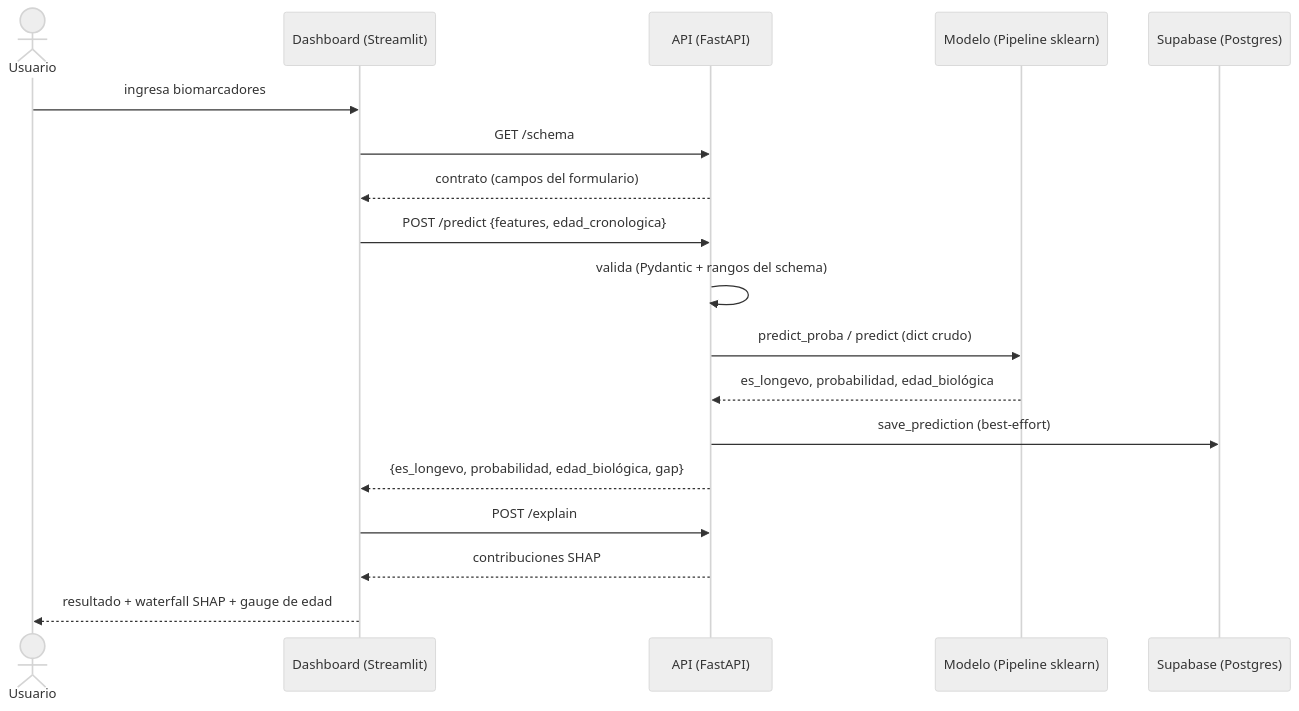
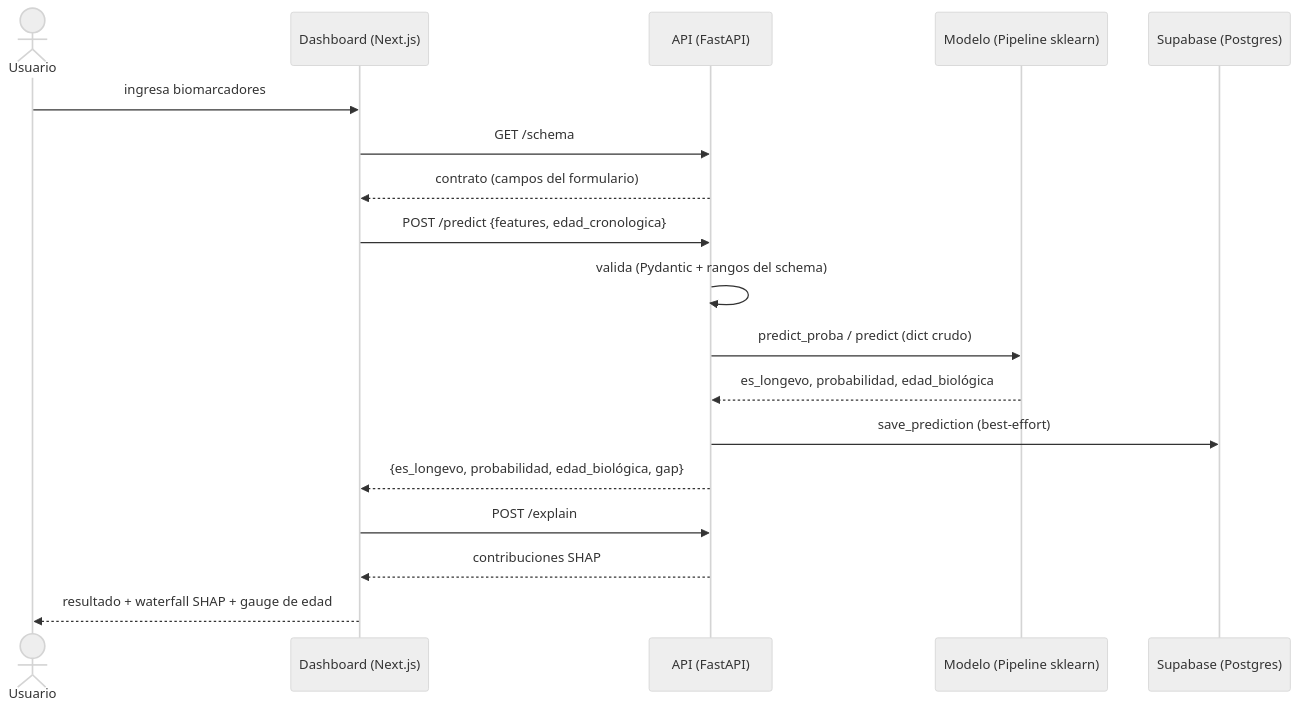
One commit to Unknumb/ev3_nanhes changed the third of 4 diagrams in docs/arquitectura.md. Above: the diagram before and after it, drawn with Mermaid (neutral theme). The commit also changed other lines of this file and 4 other files, not shown here.

````diff
--- a/docs/arquitectura.md
+++ b/docs/arquitectura.md
@@ -67,21 +67,21 @@
 ```mermaid
 sequenceDiagram
     actor U as Usuario
-    participant D as Dashboard (Streamlit)
+    participant D as Dashboard (Next.js)
     participant A as API (FastAPI)
     participant M as Modelo (Pipeline sklearn)
     participant DB as Supabase (Postgres)
 
     U->>D: ingresa biomarcadores
     D->>A: GET /schema
     A-->>D: contrato (campos del formulario)
     D->>A: POST /predict {features, edad_cronologica}
     A->>A: valida (Pydantic + rangos del schema)
     A->>M: predict_proba / predict (dict crudo)
     M-->>A: es_longevo, probabilidad, edad_biológica
     A->>DB: save_prediction (best-effort)
     A-->>D: {es_longevo, probabilidad, edad_biológica, gap}
     D->>A: POST /explain
     A-->>D: contribuciones SHAP
     D-->>U: resultado + waterfall SHAP + gauge de edad
 ```
````
